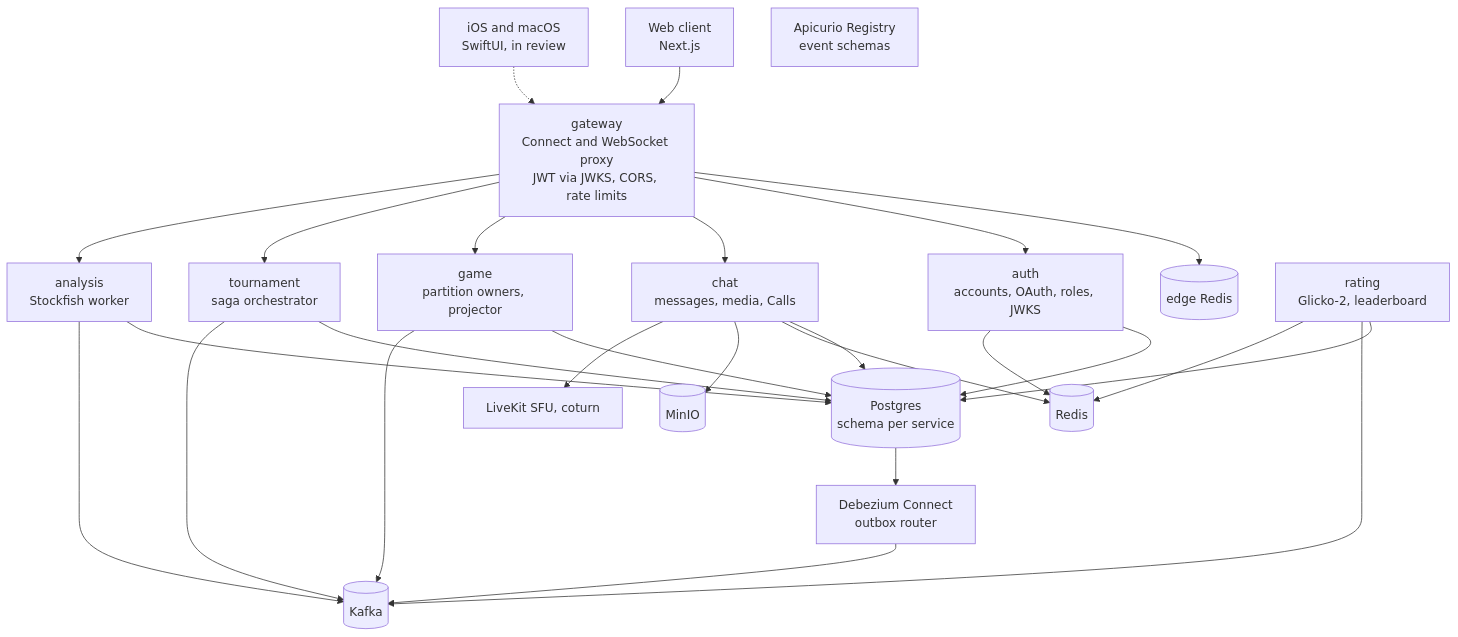
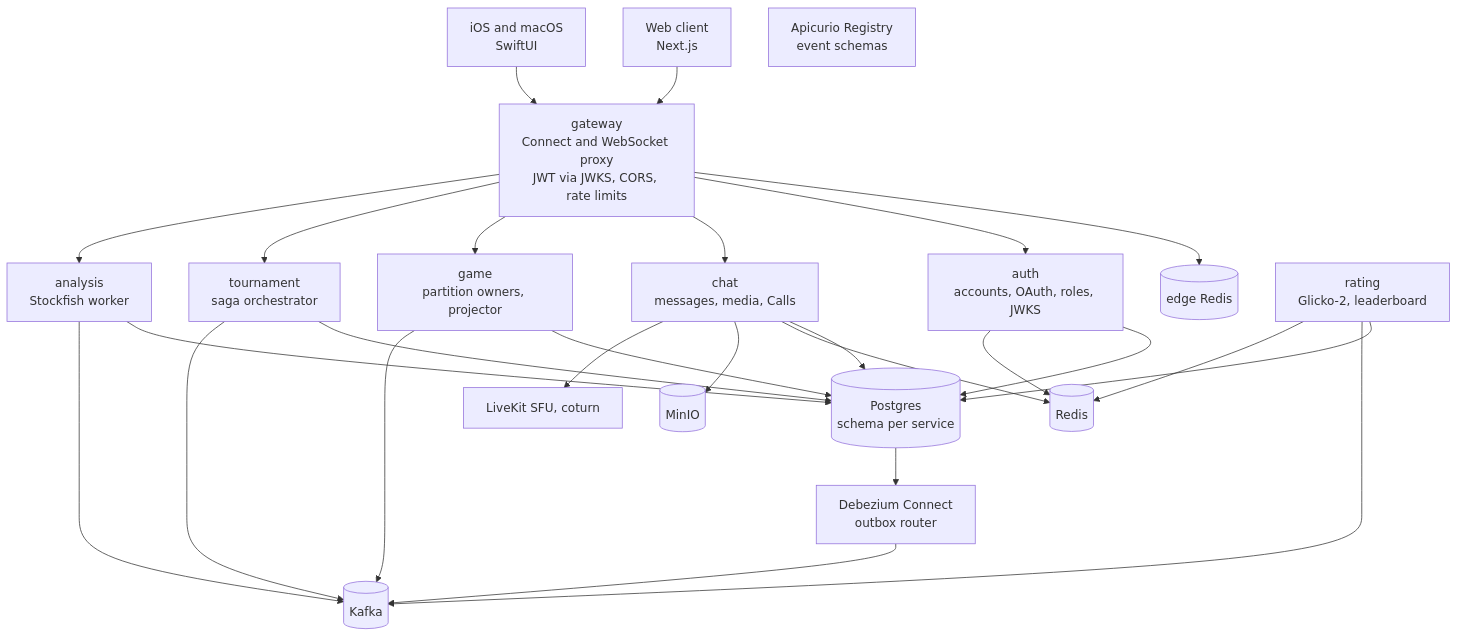
The first of 6 diagrams in docs/architecture.md (Bvivg/axon), drawn with Mermaid before and after one commit. The commit also changed 2 other files, not shown here.

Commit message:
docs: list checkers, Durak and the SwiftUI app as done (#49)
The README, the architecture diagram and the roadmap still showed three games and the app in review. They now list checkers and Durak, add the hidden-information work to the hard parts, mark the SwiftUI stage done and drop the journal retention gap that the owner hardening closed.

````diff
--- a/docs/architecture.md
+++ b/docs/architecture.md
@@ -10,20 +10,20 @@
 ```mermaid
 flowchart TB
   web["Web client<br/>Next.js"] --> gw
-  ios["iOS and macOS<br/>SwiftUI, in review"] -.-> gw
+  ios["iOS and macOS<br/>SwiftUI"] --> gw
   gw["gateway<br/>Connect and WebSocket proxy<br/>JWT via JWKS, CORS, rate limits"] --> eredis[("edge Redis")]
   gw --> auth["auth<br/>accounts, OAuth, roles, JWKS"]
   gw --> chat["chat<br/>messages, media, Calls"]
   gw --> game["game<br/>partition owners, projector"]
   gw --> tournament["tournament<br/>saga orchestrator"]
   gw --> analysis["analysis<br/>Stockfish worker"]
   rating["rating<br/>Glicko-2, leaderboard"]
   auth & chat & game & tournament & analysis & rating --> pg[("Postgres<br/>schema per service")]
   game & tournament & analysis & rating --> kafka[("Kafka")]
   auth & chat & rating --> redis[("Redis")]
   chat --> minio[("MinIO")]
   chat --> livekit["LiveKit SFU, coturn"]
   pg --> debezium["Debezium Connect<br/>outbox router"]
   debezium --> kafka
   apicurio["Apicurio Registry<br/>event schemas"]
 ```
````
